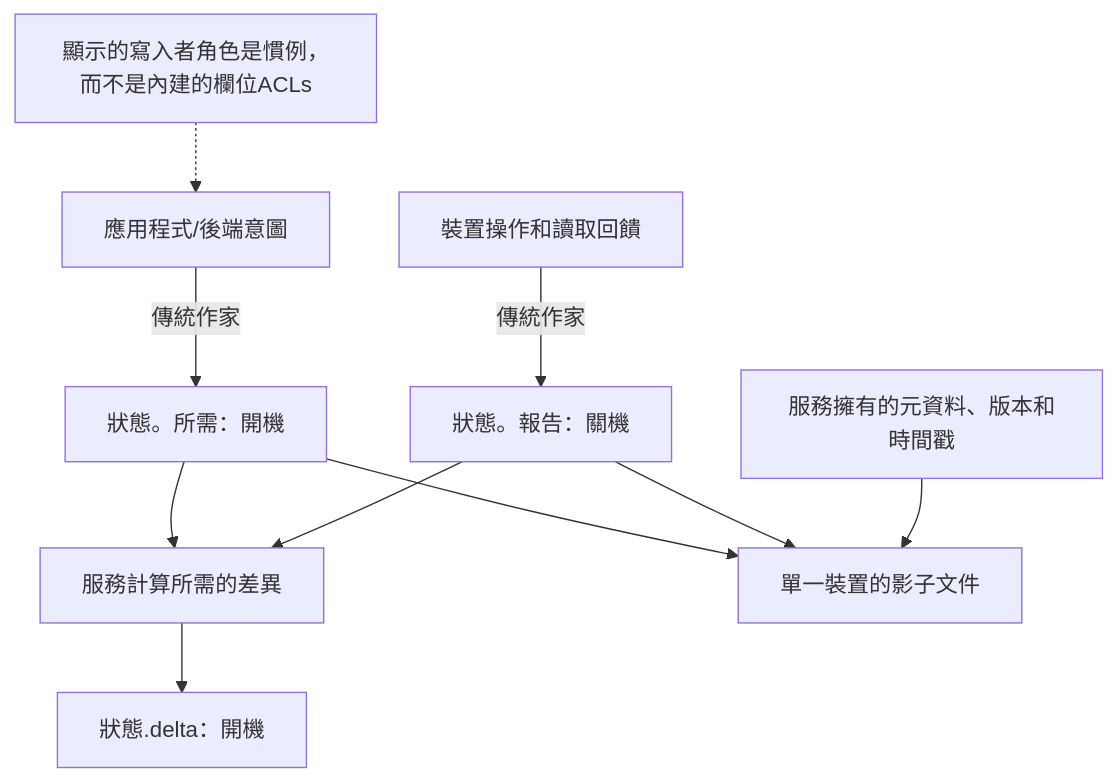
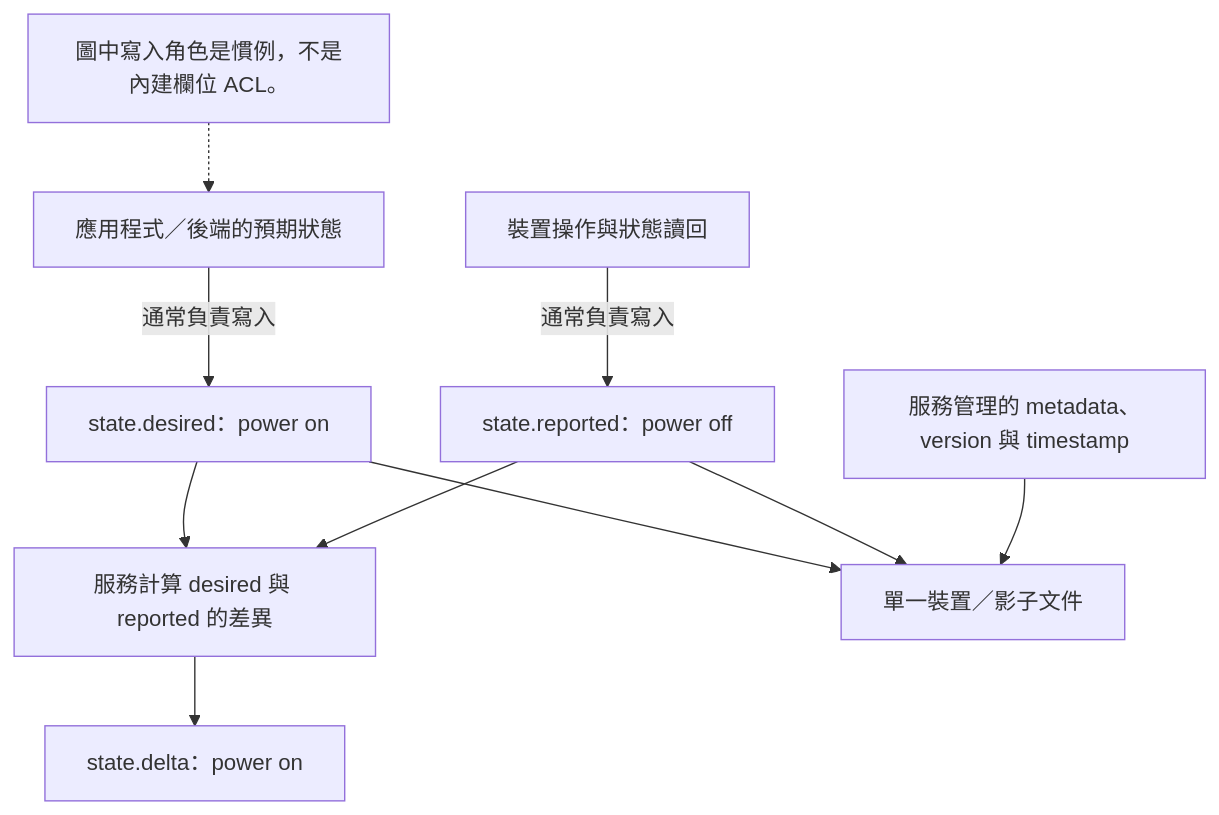
The diagram in web/content/developer-docs/assets/shadow-document-model.zh-TW.mmd (hkt999rtk/rtk_cloud_admin), drawn with Mermaid before and after one commit. The commit also changed 178 other files, not shown here.

```diff
--- a/web/content/developer-docs/assets/shadow-document-model.zh-TW.mmd
+++ b/web/content/developer-docs/assets/shadow-document-model.zh-TW.mmd
@@ -1,10 +1,10 @@
 flowchart TB
-    App["應用程式/後端意圖"] -->|"傳統作家"| Desired["狀態。所需：開機"]
-    Hardware["裝置操作和讀取回饋"] -->|"傳統作家"| Reported["狀態。報告：關機"]
-    Desired --> Difference["服務計算所需的差異"]
+    App["應用程式／後端的預期狀態"] -->|"通常負責寫入"| Desired["state.desired：power on"]
+    Hardware["裝置操作與狀態讀回"] -->|"通常負責寫入"| Reported["state.reported：power off"]
+    Desired --> Difference["服務計算 desired 與 reported 的差異"]
     Reported --> Difference
-    Difference --> Delta["狀態.delta：開機"]
-    Desired --> Stored["單一裝置的影子文件"]
+    Difference --> Delta["state.delta：power on"]
+    Desired --> Stored["單一裝置／影子文件"]
     Reported --> Stored
-    Service["服務擁有的元資料、版本和時間戳"] --> Stored
-    Note["顯示的寫入者角色是慣例，而不是內建的欄位ACLs"] -.-> App
+    Service["服務管理的 metadata、version 與 timestamp"] --> Stored
+    Note["圖中寫入角色是慣例，不是內建欄位 ACL。"] -.-> App
```
